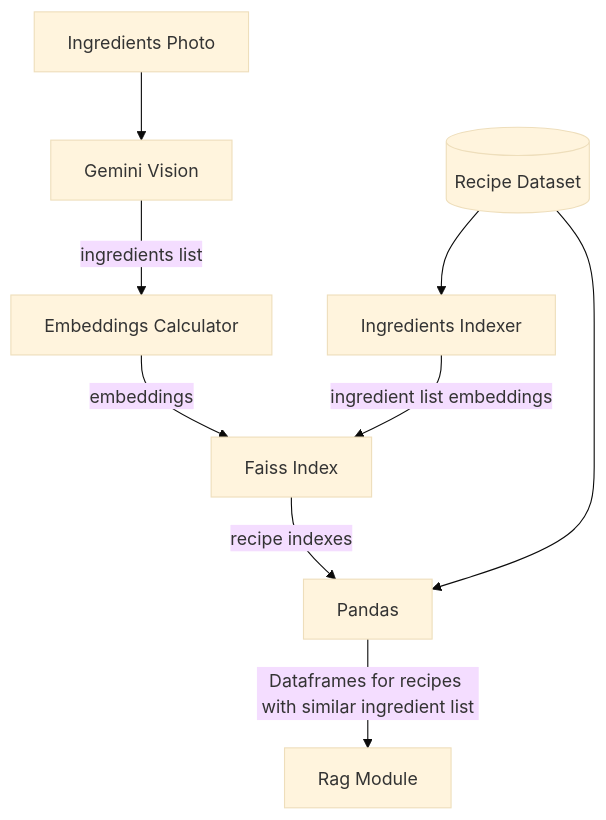
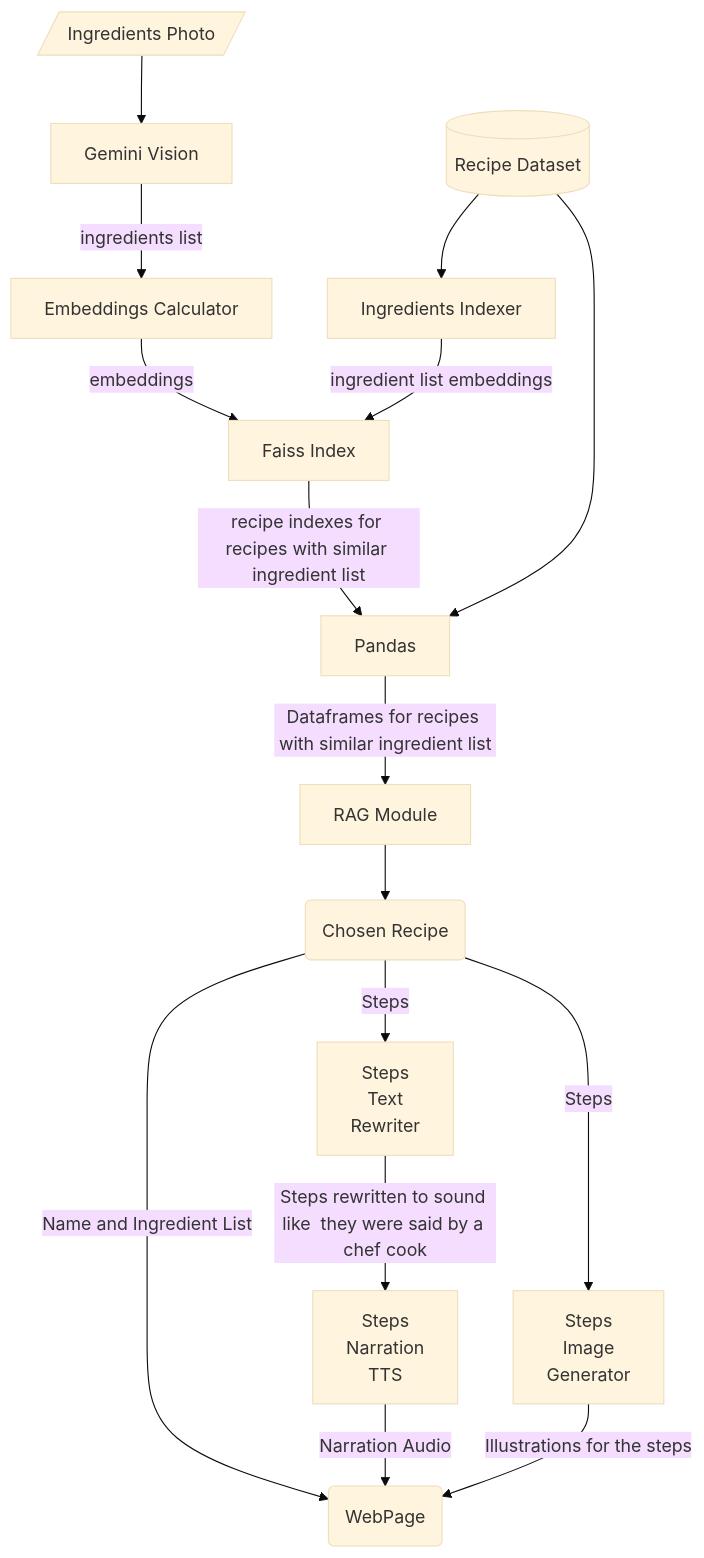
Before and after one commit to closed-ay-eye/experiments: the diagram in ARCH.md, drawn with Mermaid (base theme). The commit also changed other lines of this file and 5 other files, not shown here.

````diff
--- a/ARCH.md
+++ b/ARCH.md
@@ -3,23 +5,45 @@
 ```mermaid
 flowchart TD
-    Photo[Ingredients Photo]
+    Photo[/Ingredients Photo/]
     Gemini[Gemini Vision]
     Photo --> Gemini 
     
     EC[Embeddings Calculator]
     Gemini -- ingredients list --> EC  
     Faiss[Faiss Index]
     EC -- embeddings --> Faiss
-    Faiss -- recipe indexes --> Pandas
+    Faiss -- recipe indexes for recipes with similar ingredient list --> Pandas
     Dataset[(Recipe Dataset)]
     IngredientsIndexer[Ingredients Indexer]
     Pandas[Pandas]
     Dataset -->Pandas
     Dataset --> IngredientsIndexer
     IngredientsIndexer --ingredient list embeddings--> Faiss
-    RagModule[Rag Module]
+    RagModule[RAG Module]
     Pandas -- Dataframes for recipes with similar ingredient list --> RagModule
-   
     RagModule 
+    Recipe(Chosen Recipe)
+    RagModule --> Recipe
+    ImageGen[Steps
+    Image 
+    Generator
+    ]
+    NarrationGen[
+    Steps
+    Narration 
+    TTS
+    ]
+    Rewriter[
+     Steps
+     Text
+     Rewriter
+    ]
+    Recipe -- Steps --> ImageGen
+    Recipe -- Steps --> Rewriter
+    Rewriter -- Steps rewritten to sound like  they were said by a chef cook--> NarrationGen
+    WebPage(WebPage)
+    Recipe -- Name and Ingredient List--> WebPage
+    NarrationGen -- Narration Audio --> WebPage
+    ImageGen -- Illustrations  for the steps--> WebPage
     
 ```
````
